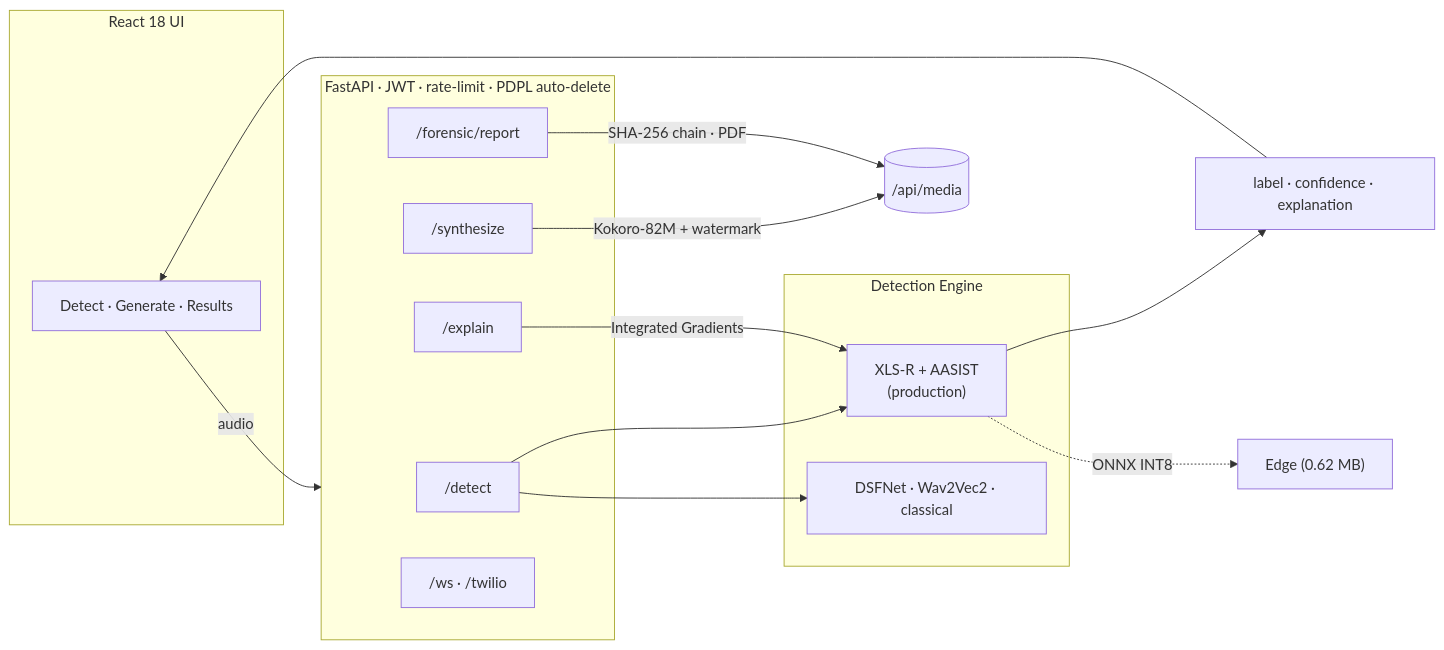
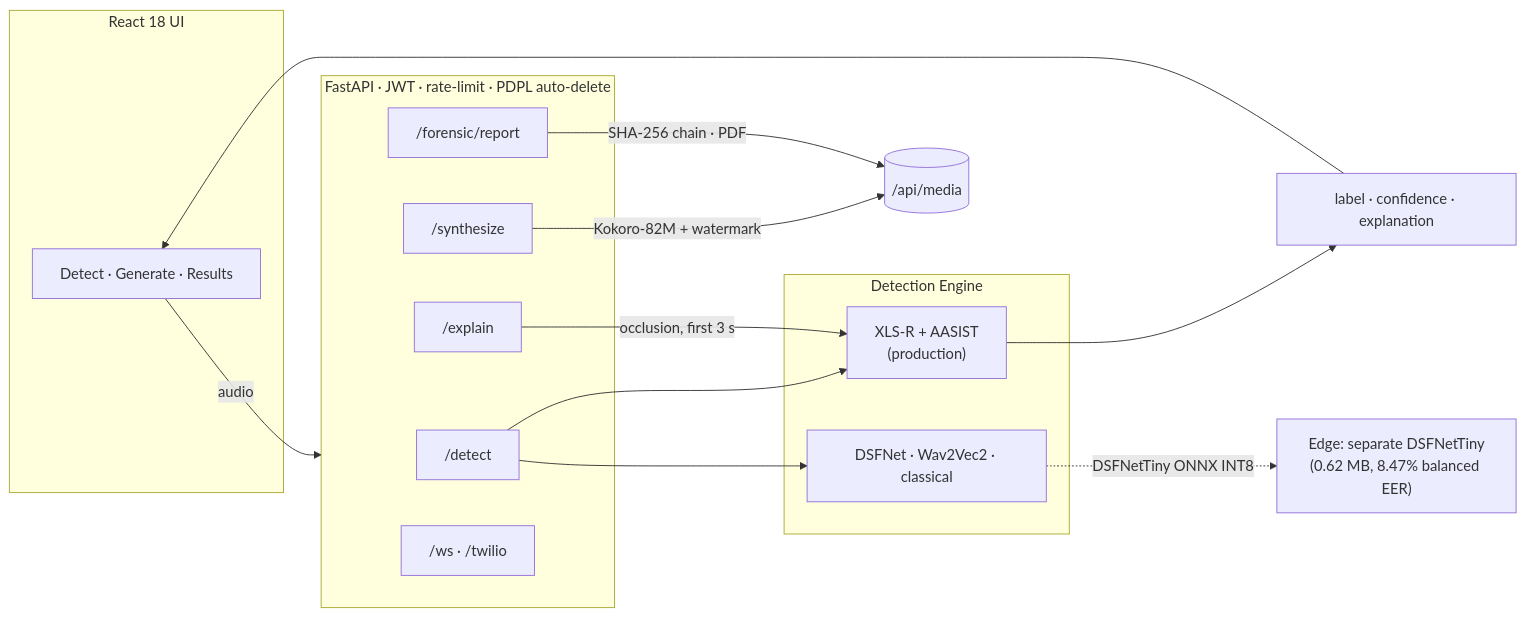
One commit to MohammadThabetHassan/VoiceGuard changed the diagram in README.md. Above: the diagram before and after it, drawn with Mermaid. The commit also changed other lines of this file and 5 other files, not shown here.

````diff
--- a/README.md
+++ b/README.md
@@ -121,25 +121,25 @@
 ```mermaid
 flowchart LR
     subgraph Client["React 18 UI"]
         UI["Detect · Generate · Results"]
     end
     subgraph API["FastAPI · JWT · rate-limit · PDPL auto-delete"]
         D["/detect"]
         S["/synthesize"]
         X["/explain"]
         F["/forensic/report"]
         W["/ws · /twilio"]
     end
     subgraph Engine["Detection Engine"]
         SSL["XLS-R + AASIST<br/>(production)"]
         ALT["DSFNet · Wav2Vec2 · classical"]
     end
     UI -->|audio| API
     D --> SSL & ALT
-    X -->|Integrated Gradients| SSL
+    X -->|occlusion, first 3 s| SSL
     S -->|Kokoro-82M + watermark| MEDIA[("/api/media")]
     F -->|SHA-256 chain · PDF| MEDIA
     SSL --> R["label · confidence · explanation"]
     R --> UI
-    SSL -.ONNX INT8.-> EDGE["Edge (0.62 MB)"]
+    ALT -.DSFNetTiny ONNX INT8.-> EDGE["Edge: separate DSFNetTiny<br/>(0.62 MB, 8.47% balanced EER)"]
 ```
````
